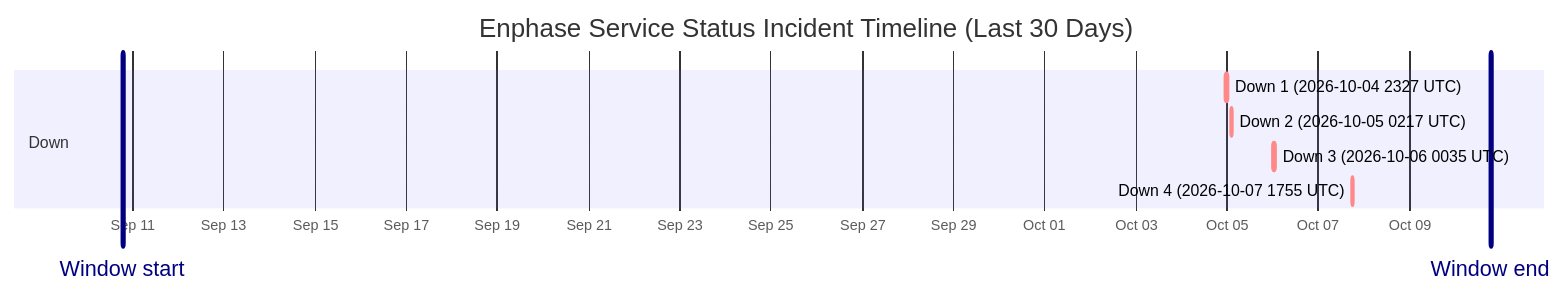
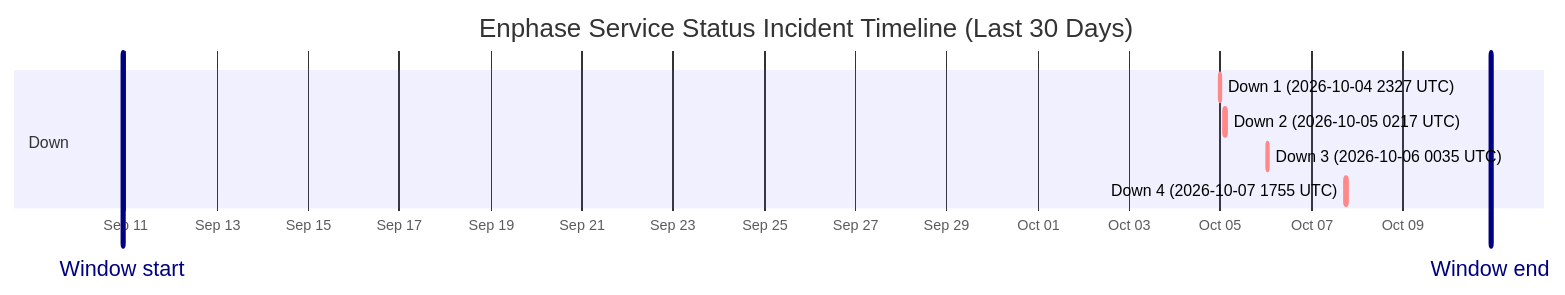
The diagram in wiki/Service-Status-History.md (barneyonline/ha-enphase-energy), drawn with Mermaid before and after one commit. The commit also changed other lines of this file and 3 other files, not shown here.

````diff
--- a/wiki/Service-Status-History.md
+++ b/wiki/Service-Status-History.md
@@ -14,13 +14,13 @@
 ```mermaid
 gantt
     title Enphase Service Status Incident Timeline (Last 30 Days)
     dateFormat  YYYY-MM-DDTHH:mm:ss
     axisFormat  %b %d
-    Window start :vert, window-start, 2026-09-10T18:45:43, 0ms
-    Window end :vert, window-end, 2026-10-10T18:45:43, 0ms
+    Window start :vert, window-start, 2026-09-10T22:13:08, 0ms
+    Window end :vert, window-end, 2026-10-10T22:13:08, 0ms
     section Down
     Down 1 (2026-10-04 2327 UTC) :crit, down-1, 2026-10-04T23:27:34, 60m
     Down 2 (2026-10-05 0217 UTC) :crit, down-2, 2026-10-05T02:17:30, 60m
     Down 3 (2026-10-06 0035 UTC) :crit, down-3, 2026-10-06T00:35:21, 60m
     Down 4 (2026-10-07 1755 UTC) :crit, down-4, 2026-10-07T17:55:16, 60m
 ```
````
